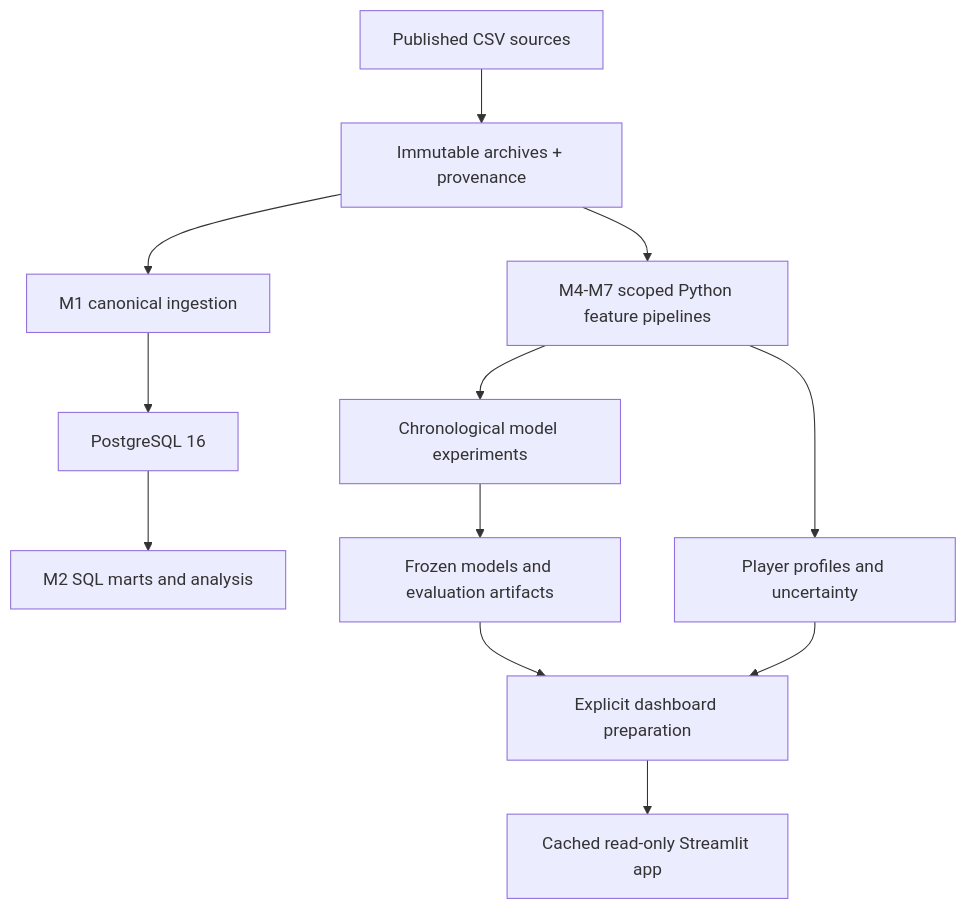
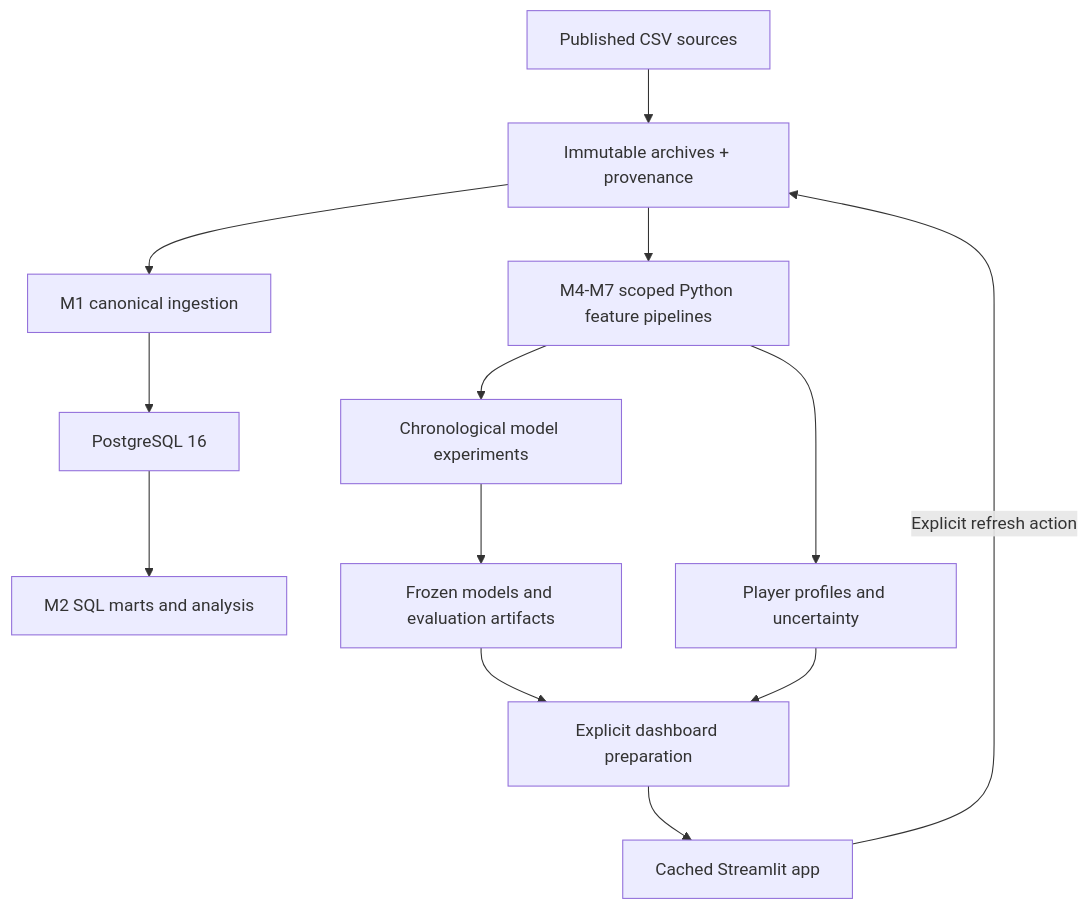
One commit to kubaborowiec7/Premier-League-Analytics-Lab changed the diagram in docs/ARCHITECTURE.md. Above: the diagram before and after it, drawn with Mermaid. The commit also changed other lines of this file and 7 other files, not shown here.

````diff
--- a/docs/ARCHITECTURE.md
+++ b/docs/ARCHITECTURE.md
@@ -5,14 +5,15 @@
 ```mermaid
 flowchart TD
     A[Published CSV sources] --> B[Immutable archives + provenance]
     B --> C[M1 canonical ingestion]
     C --> D[PostgreSQL 16]
     D --> E[M2 SQL marts and analysis]
     B --> F[M4-M7 scoped Python feature pipelines]
     F --> G[Chronological model experiments]
     G --> H[Frozen models and evaluation artifacts]
     F --> I[Player profiles and uncertainty]
     H --> J[Explicit dashboard preparation]
     I --> J
-    J --> K[Cached read-only Streamlit app]
+    J --> K[Cached Streamlit app]
+    K -->|Explicit refresh action| B
 ```
````
